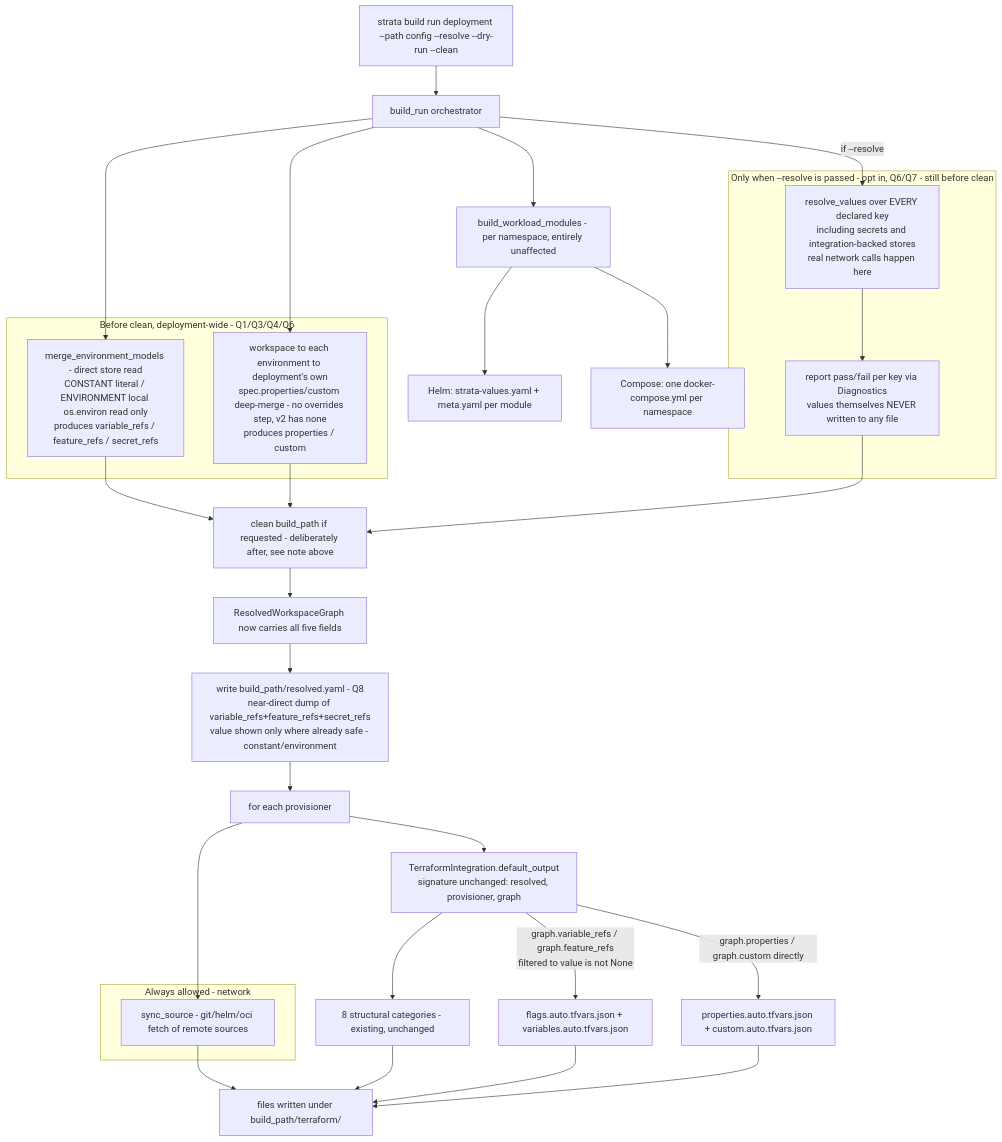
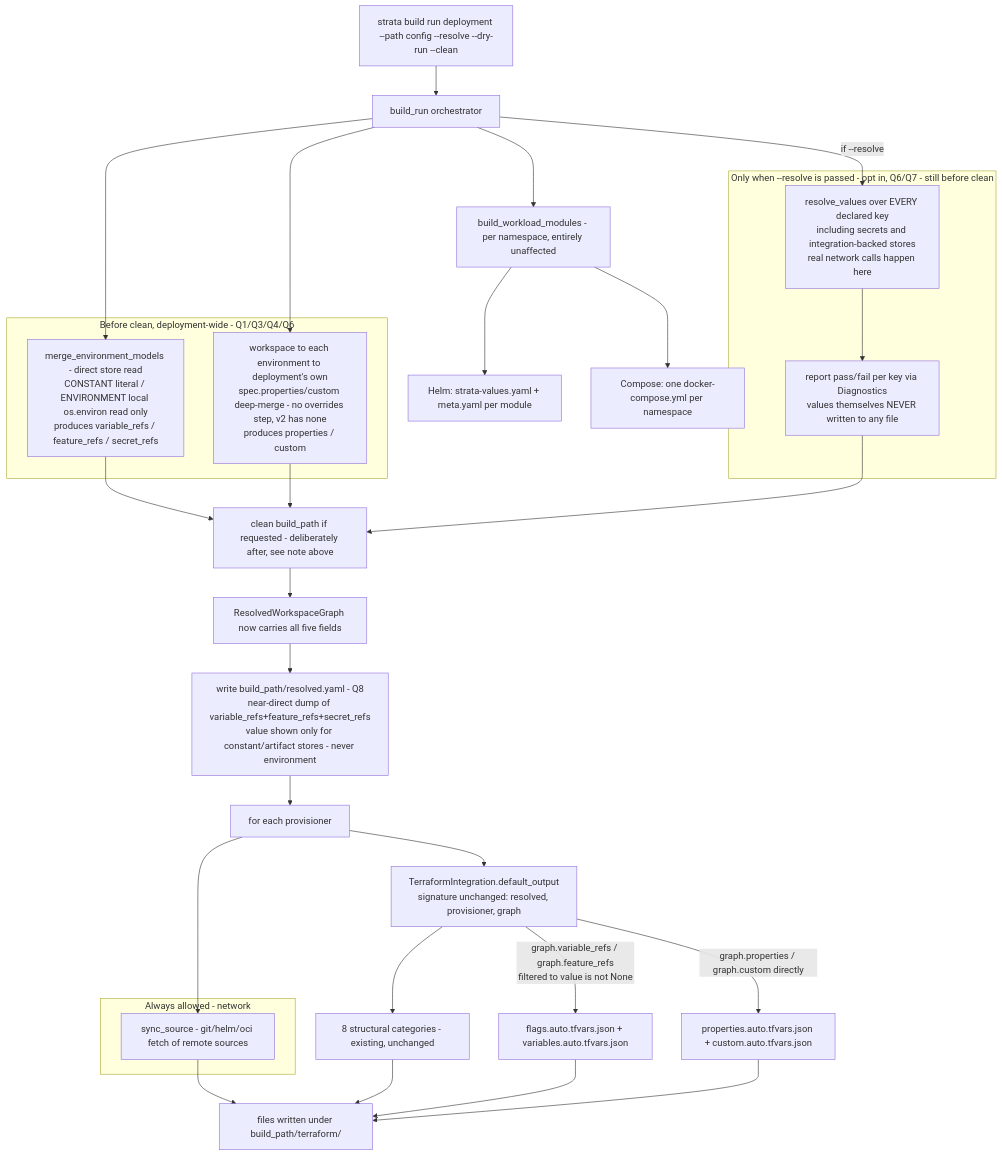
Before and after one commit to huybrechtsxyz/strata: the second of 2 diagrams in docs/design/build-time-value-categories.md, drawn with Mermaid. The commit also changed other lines of this file and 19 other files, not shown here.

First line of the commit message:
feat(audit): git audit sinks keep resolved.yaml and the SBOM; spec.security.disallowed_variable_keys (2.10.0) (#355)

````diff
--- a/docs/design/build-time-value-categories.md
+++ b/docs/design/build-time-value-categories.md
@@ -110,46 +110,46 @@
 ```mermaid
 flowchart TB
     CLI["strata build run deployment --path config --resolve --dry-run --clean"]
     CLI --> BR["build_run orchestrator"]
 
     subgraph ONETIME["Before clean, deployment-wide - Q1/Q3/Q4/Q6"]
         MEM["merge_environment_models - direct store read<br/>CONSTANT literal / ENVIRONMENT local os.environ read only<br/>produces variable_refs / feature_refs / secret_refs"]
         SPECM["workspace to each environment to deployment's own<br/>spec.properties/custom deep-merge - no overrides step, v2 has none<br/>produces properties / custom"]
     end
 
     subgraph RESOLVEFLAG["Only when --resolve is passed - opt in, Q6/Q7 - still before clean"]
         RVALL["resolve_values over EVERY declared key<br/>including secrets and integration-backed stores<br/>real network calls happen here"]
         DIAG["report pass/fail per key via Diagnostics<br/>values themselves NEVER written to any file"]
     end
 
     BR --> MEM
     BR --> SPECM
     BR -->|"if --resolve"| RVALL --> DIAG
     MEM --> CLEAN["clean build_path if requested - deliberately after, see note above"]
     SPECM --> CLEAN
     DIAG --> CLEAN
 
     CLEAN --> GRAPH["ResolvedWorkspaceGraph now carries all five fields"]
-    GRAPH --> MANIFEST["write build_path/resolved.yaml - Q8<br/>near-direct dump of variable_refs+feature_refs+secret_refs<br/>value shown only where already safe - constant/environment"]
+    GRAPH --> MANIFEST["write build_path/resolved.yaml - Q8<br/>near-direct dump of variable_refs+feature_refs+secret_refs<br/>value shown only for constant/artifact stores - never environment"]
     MANIFEST --> LOOP["for each provisioner"]
 
     subgraph OK["Always allowed - network"]
         SYNC["sync_source - git/helm/oci fetch of remote sources"]
     end
 
     LOOP --> SYNC
     LOOP --> DO["TerraformIntegration.default_output<br/>signature unchanged: resolved, provisioner, graph"]
 
     DO --> EXIST["8 structural categories - existing, unchanged"]
     DO -->|"graph.variable_refs / graph.feature_refs<br/>filtered to value is not None"| FEAT["flags.auto.tfvars.json + variables.auto.tfvars.json"]
     DO -->|"graph.properties / graph.custom directly"| PROP["properties.auto.tfvars.json + custom.auto.tfvars.json"]
 
     SYNC --> WRITE["files written under build_path/terraform/"]
     EXIST --> WRITE
     FEAT --> WRITE
     PROP --> WRITE
 
     BR --> WORKLOAD["build_workload_modules - per namespace, entirely unaffected"]
     WORKLOAD --> HELM["Helm: strata-values.yaml + meta.yaml per module"]
     WORKLOAD --> COMPOSE["Compose: one docker-compose.yml per namespace"]
 ```
````
